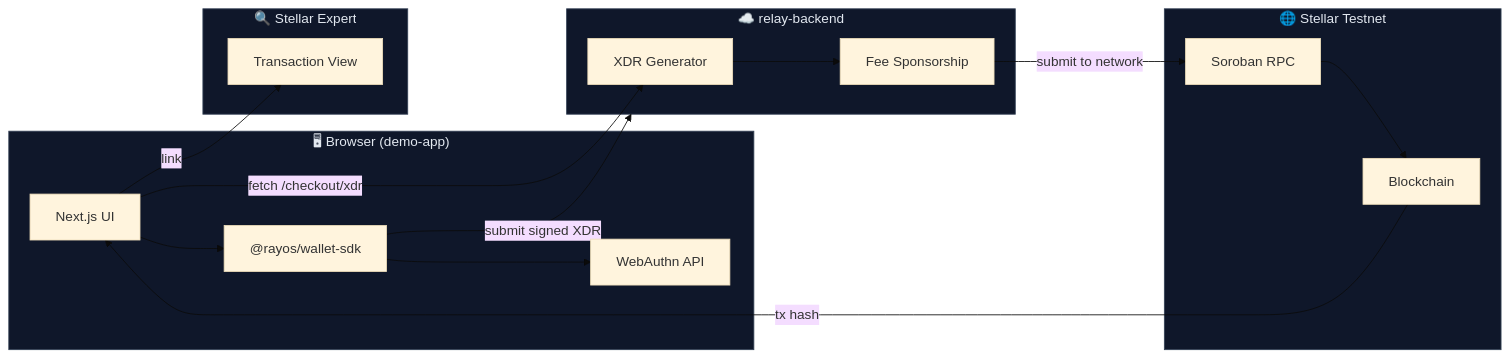
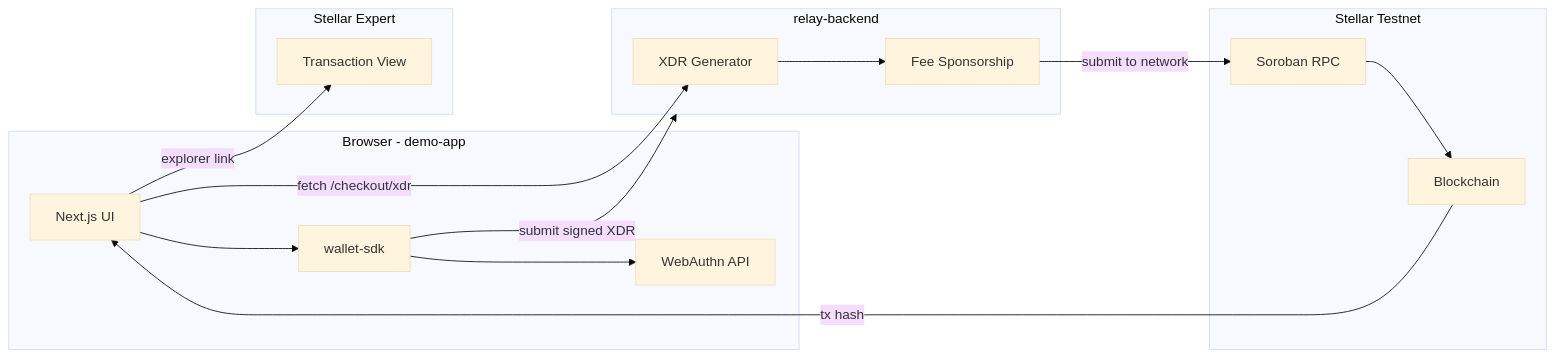
Before and after one commit to Rayos-Org/demo-app: the second of 2 diagrams in README.md, drawn with Mermaid (base theme). The commit also changed other lines of this file, not shown here.

Commit message:
docs: fix mermaid diagrams, move badges below title, update Vercel link

````diff
--- a/README.md
+++ b/README.md
@@ -151,37 +144,32 @@
 ```mermaid
 flowchart LR
-    subgraph Browser["🖥 Browser (demo-app)"]
+    subgraph Browser["Browser - demo-app"]
         UI[Next.js UI]
-        SDK["@rayos/wallet-sdk"]
+        SDK[wallet-sdk]
         WA[WebAuthn API]
         UI --> SDK
         SDK --> WA
     end
 
-    subgraph Relay["☁️ relay-backend"]
+    subgraph Relay["relay-backend"]
         XDR[XDR Generator]
         Sponsor[Fee Sponsorship]
         XDR --> Sponsor
     end
 
-    subgraph Stellar["🌐 Stellar Testnet"]
+    subgraph Stellar["Stellar Testnet"]
         RPC[Soroban RPC]
         Chain[Blockchain]
         RPC --> Chain
     end
 
-    subgraph Explorer["🔍 Stellar Expert"]
+    subgraph Explorer["Stellar Expert"]
         TX[Transaction View]
     end
 
-    UI -->|"fetch /checkout/xdr"| XDR
-    SDK -->|"submit signed XDR"| Relay
-    Sponsor -->|"submit to network"| RPC
-    Chain -->|"tx hash"| UI
-    UI -->|"link"| TX
-
-    style Browser fill:#0f172a,color:#e2e8f0,stroke:#334155
-    style Relay fill:#0f172a,color:#e2e8f0,stroke:#334155
-    style Stellar fill:#0f172a,color:#e2e8f0,stroke:#334155
-    style Explorer fill:#0f172a,color:#e2e8f0,stroke:#334155
+    UI -->|fetch /checkout/xdr| XDR
+    SDK -->|submit signed XDR| Relay
+    Sponsor -->|submit to network| RPC
+    Chain -->|tx hash| UI
+    UI -->|explorer link| TX
 ```
````
